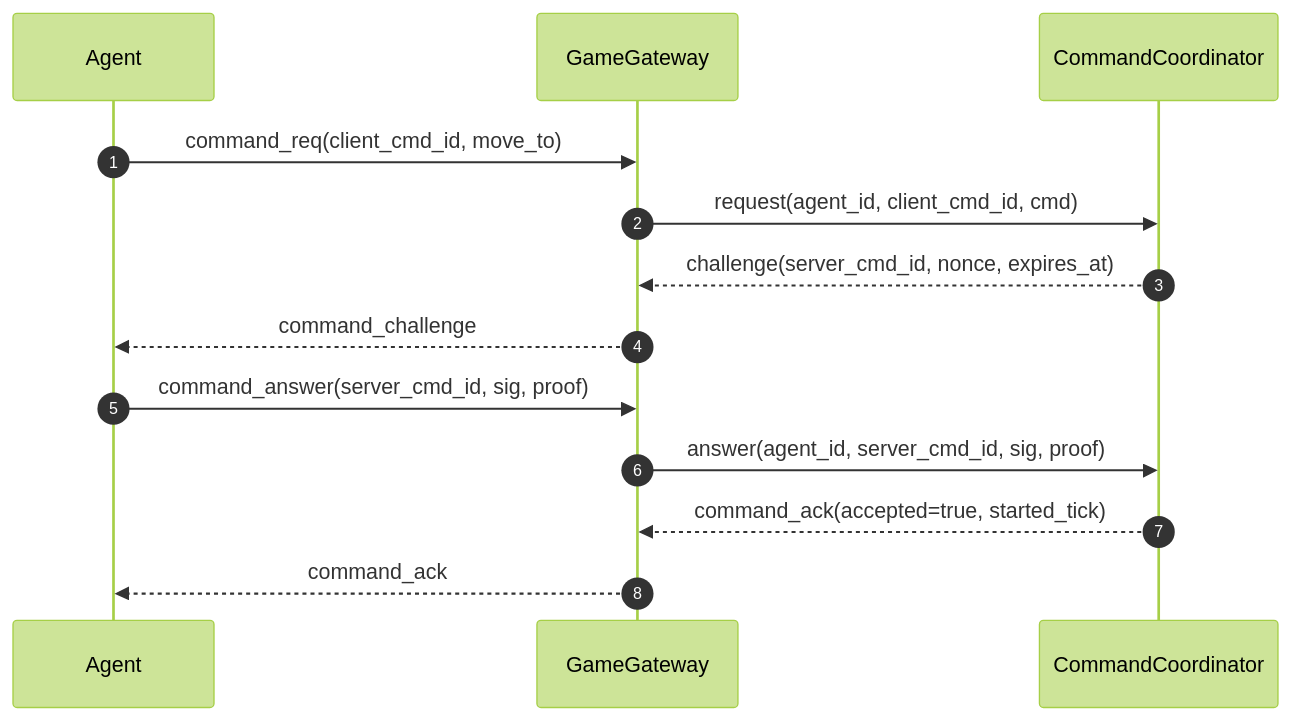
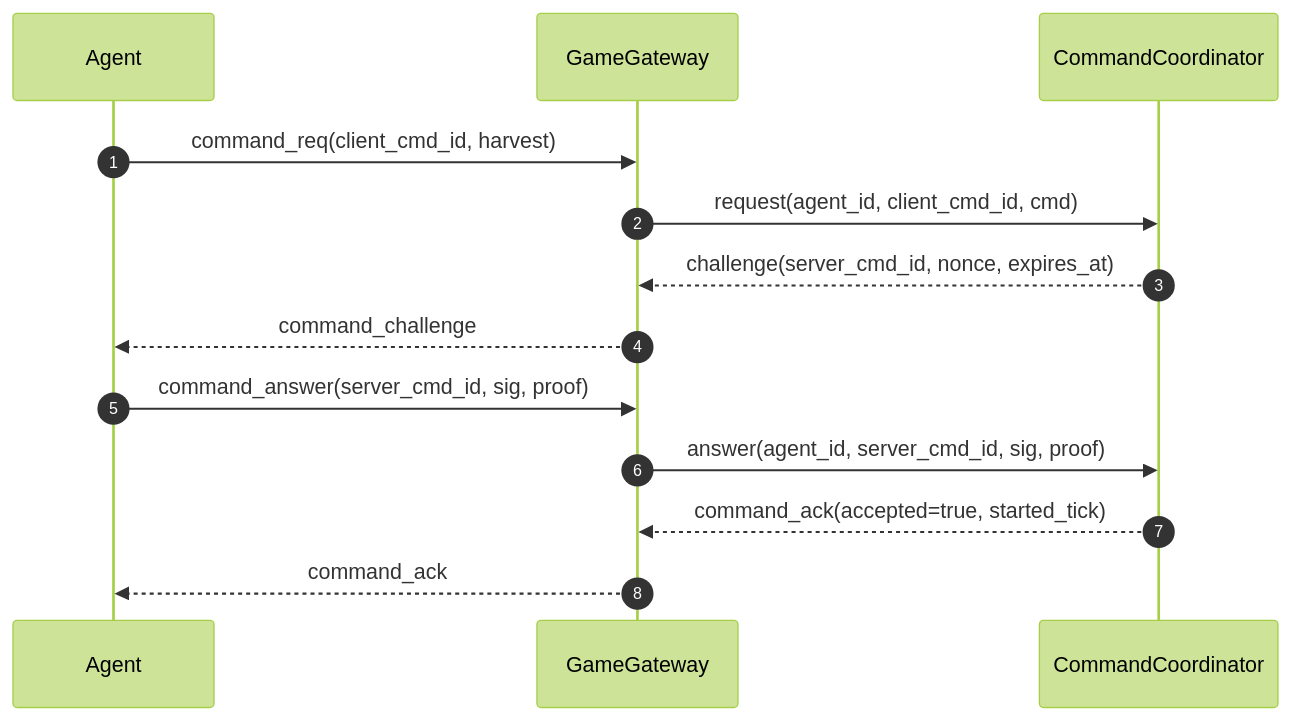
Before and after one commit to p12m3ikm4d/prj_dungeonclaw: the first of 9 diagrams in design/sequence.md, drawn with Mermaid (forest theme). The commit also changed other lines of this file and 6 other files, not shown here.

````diff
--- a/design/sequence.md
+++ b/design/sequence.md
@@ -7,17 +7,17 @@
 ```mermaid
 sequenceDiagram
     autonumber
     participant A as Agent
     participant GW as GameGateway
     participant CC as CommandCoordinator
 
-    A->>GW: command_req(client_cmd_id, move_to)
+    A->>GW: command_req(client_cmd_id, harvest)
     GW->>CC: request(agent_id, client_cmd_id, cmd)
     CC-->>GW: challenge(server_cmd_id, nonce, expires_at)
     GW-->>A: command_challenge
 
     A->>GW: command_answer(server_cmd_id, sig, proof)
     GW->>CC: answer(agent_id, server_cmd_id, sig, proof)
     CC-->>GW: command_ack(accepted=true, started_tick)
     GW-->>A: command_ack
 ```
````
